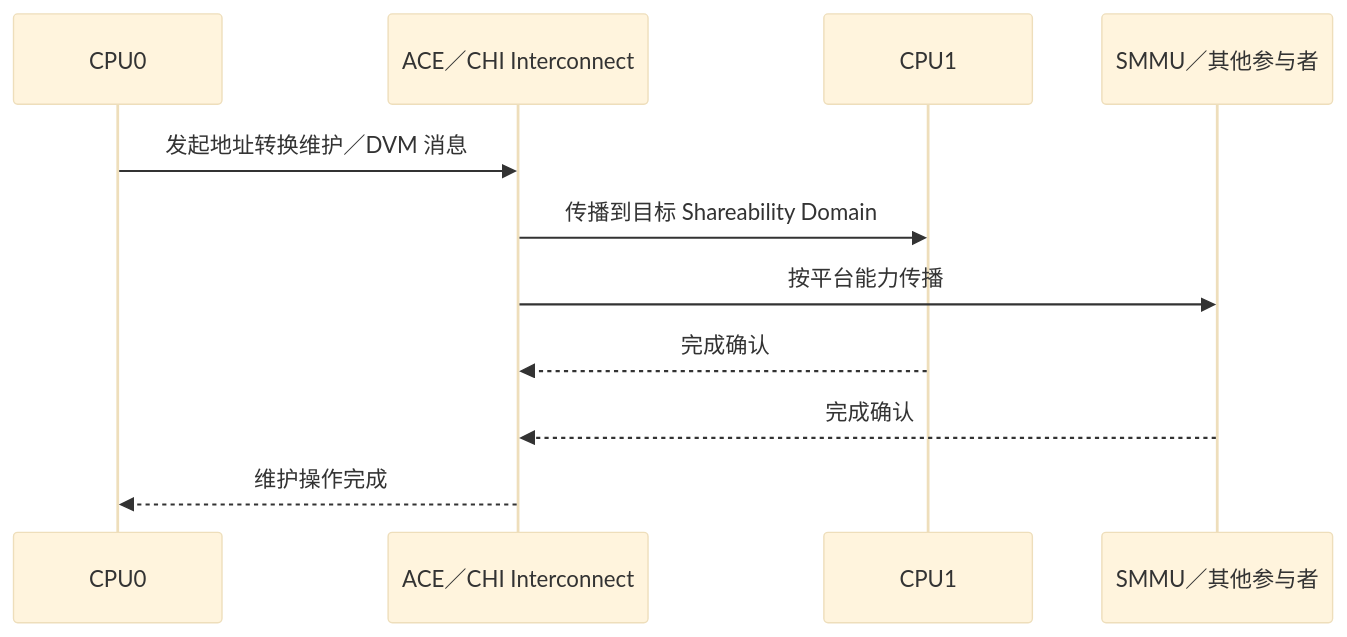
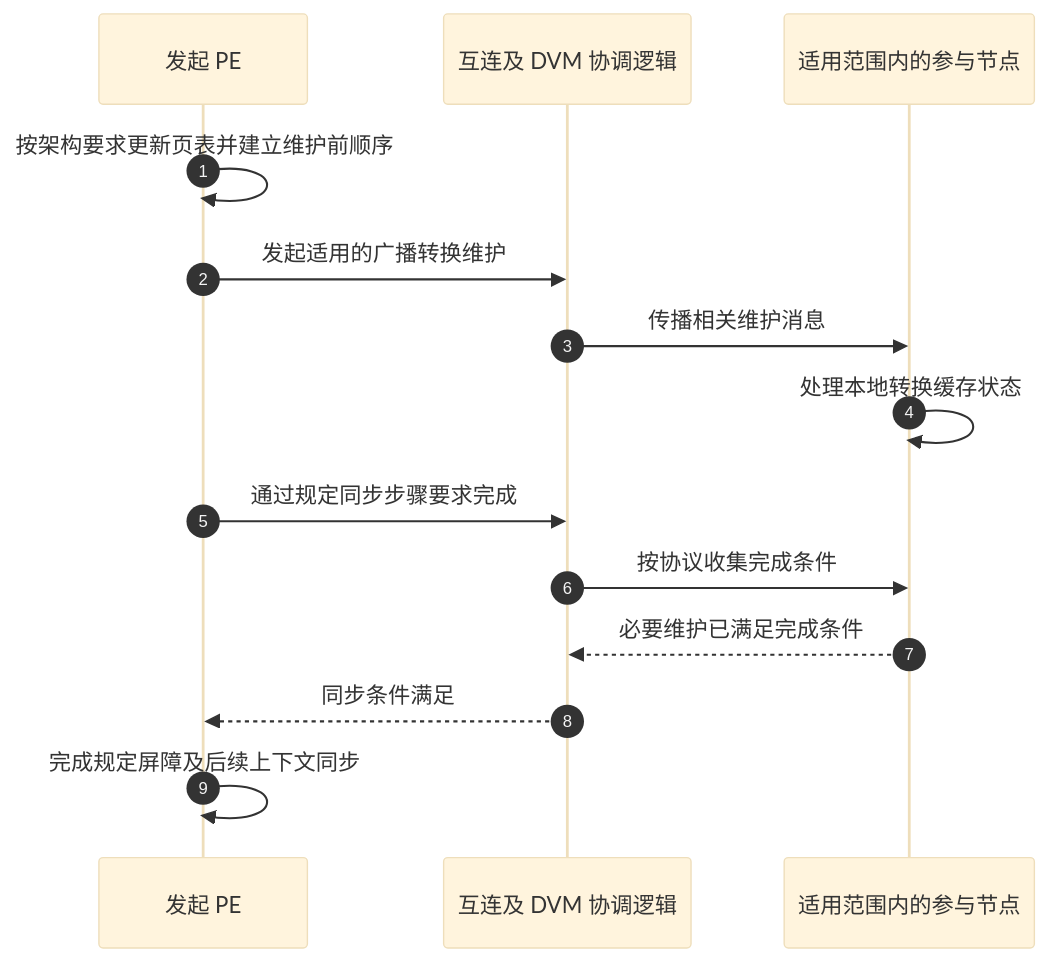
Before and after one commit to FormingSystem/linux_note: the third of 3 diagrams in knowledge/foundations/computer_architecture/cache_coherence/P04_ARM_ACE_CHI_与一致性域.md, drawn with Mermaid (base theme). The commit also changed other lines of this file and 10 other files, not shown here.

First line of the commit message:
content(architecture/cache): 重建缓存一致性事务与硬件职责的因果讲解

````diff
--- a/knowledge/foundations/computer_architecture/cache_coherence/P04_ARM_ACE_CHI_与一致性域.md
+++ b/knowledge/foundations/computer_architecture/cache_coherence/P04_ARM_ACE_CHI_与一致性域.md
@@ -113,13 +133,16 @@
 ```mermaid
 sequenceDiagram
-    participant C0 as CPU0
-    participant I as ACE／CHI Interconnect
-    participant C1 as CPU1
-    participant SMMU as SMMU／其他参与者
-    C0->>I: 发起地址转换维护／DVM 消息
-    I->>C1: 传播到目标 Shareability Domain
-    I->>SMMU: 按平台能力传播
-    C1-->>I: 完成确认
-    SMMU-->>I: 完成确认
-    I-->>C0: 维护操作完成
+    autonumber
+    participant C0 as 发起 PE
+    participant I as 互连及 DVM 协调逻辑
+    participant C1 as 适用范围内的参与节点
+    C0->>C0: 按架构要求更新页表并建立维护前顺序
+    C0->>I: 发起适用的广播转换维护
+    I->>C1: 传播相关维护消息
+    C1->>C1: 处理本地转换缓存状态
+    C0->>I: 通过规定同步步骤要求完成
+    I->>C1: 按协议收集完成条件
+    C1-->>I: 必要维护已满足完成条件
+    I-->>C0: 同步条件满足
+    C0->>C0: 完成规定屏障及后续上下文同步
 ```
````
